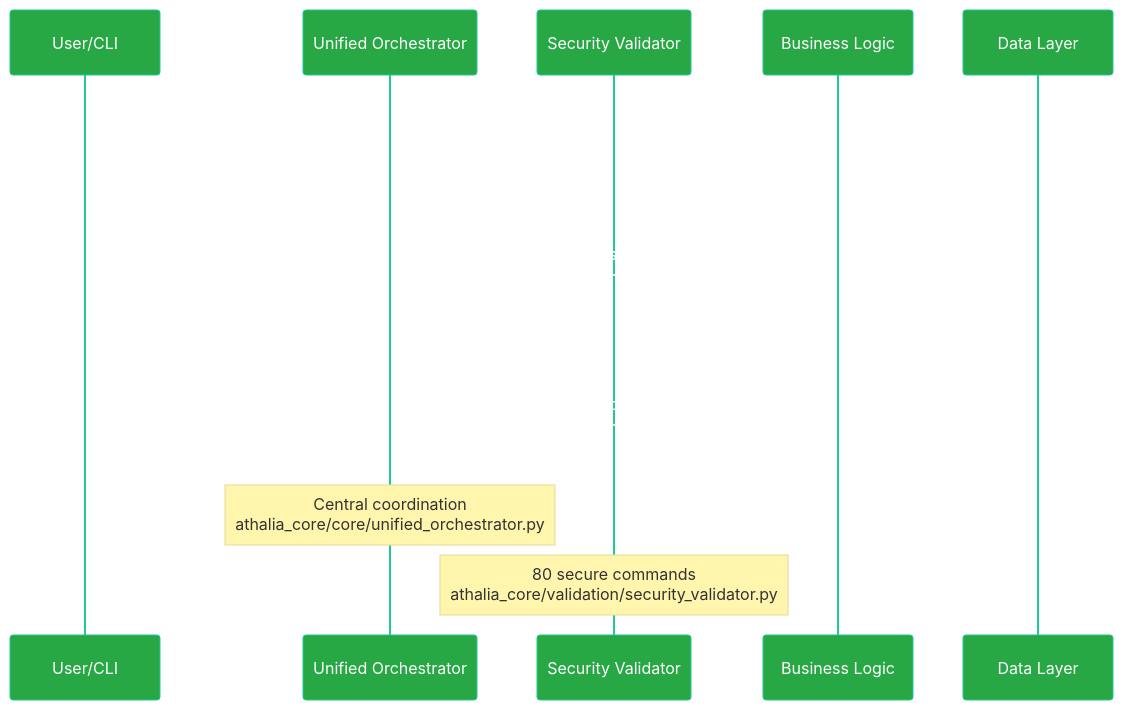
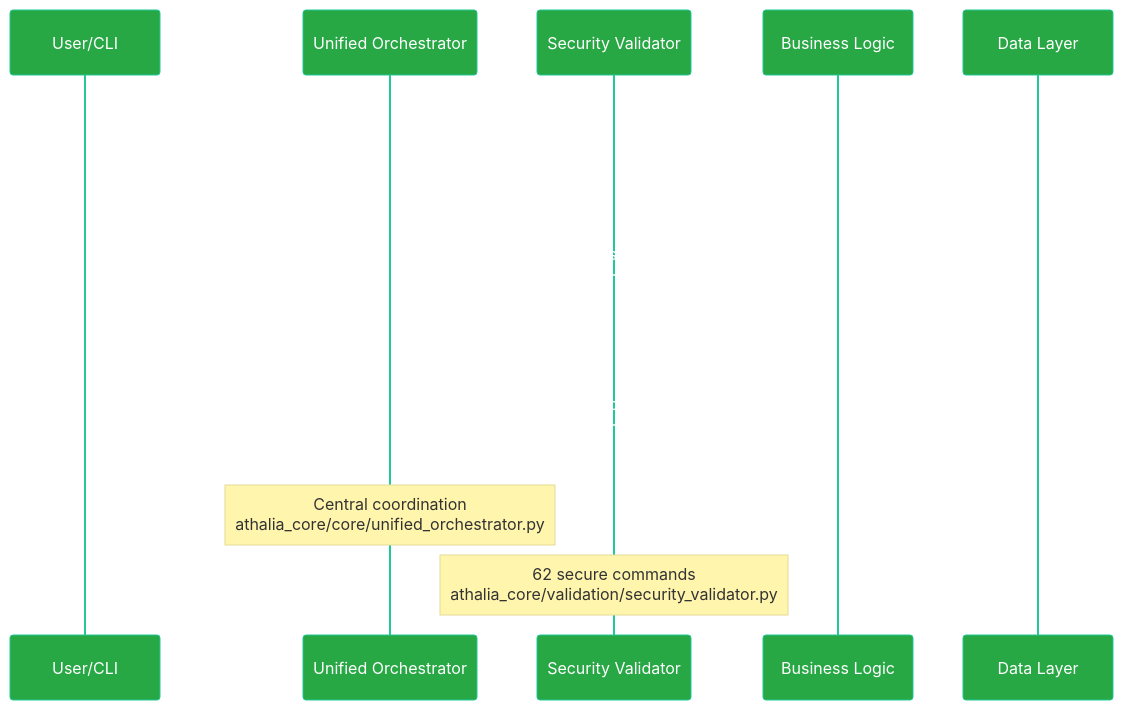
One commit to arkalia-luna-system/ia-pipeline changed the second of 8 diagrams in docs/ARCHITECTURE/INDEX.md. Above: the diagram before and after it, drawn with Mermaid. The commit also changed other lines of this file and 1 other file, not shown here.

Commit message:
PROFESSIONAL README - Correction de toutes les incohérences de métriques - README concis et professionnel - Métriques unifiées (62 commandes sécurisées) - Structure claire et orientée documentation

````diff
--- a/docs/ARCHITECTURE/INDEX.md
+++ b/docs/ARCHITECTURE/INDEX.md
@@ -92,21 +92,21 @@
 ```mermaid
 %%{init: {'theme':'base', 'themeVariables': { 'primaryColor': '#28a745', 'primaryTextColor': '#fff', 'primaryBorderColor': '#20c997'}}}%%
 sequenceDiagram
     participant U as User/CLI
     participant UO as Unified Orchestrator
     participant SV as Security Validator
     participant BL as Business Logic
     participant DL as Data Layer
     
     U->>UO: Request (generate/clean/audit)
     UO->>SV: Validate Security
     SV->>UO: Security Approved
     UO->>BL: Execute Business Logic
     BL->>DL: Data Operations
     DL->>BL: Data Response
     BL->>UO: Operation Result
     UO->>U: Final Response
     
     Note over UO: Central coordination<br/>athalia_core/core/unified_orchestrator.py
-    Note over SV: 80 secure commands<br/>athalia_core/validation/security_validator.py
+    Note over SV: 62 secure commands<br/>athalia_core/validation/security_validator.py
 ```
````
